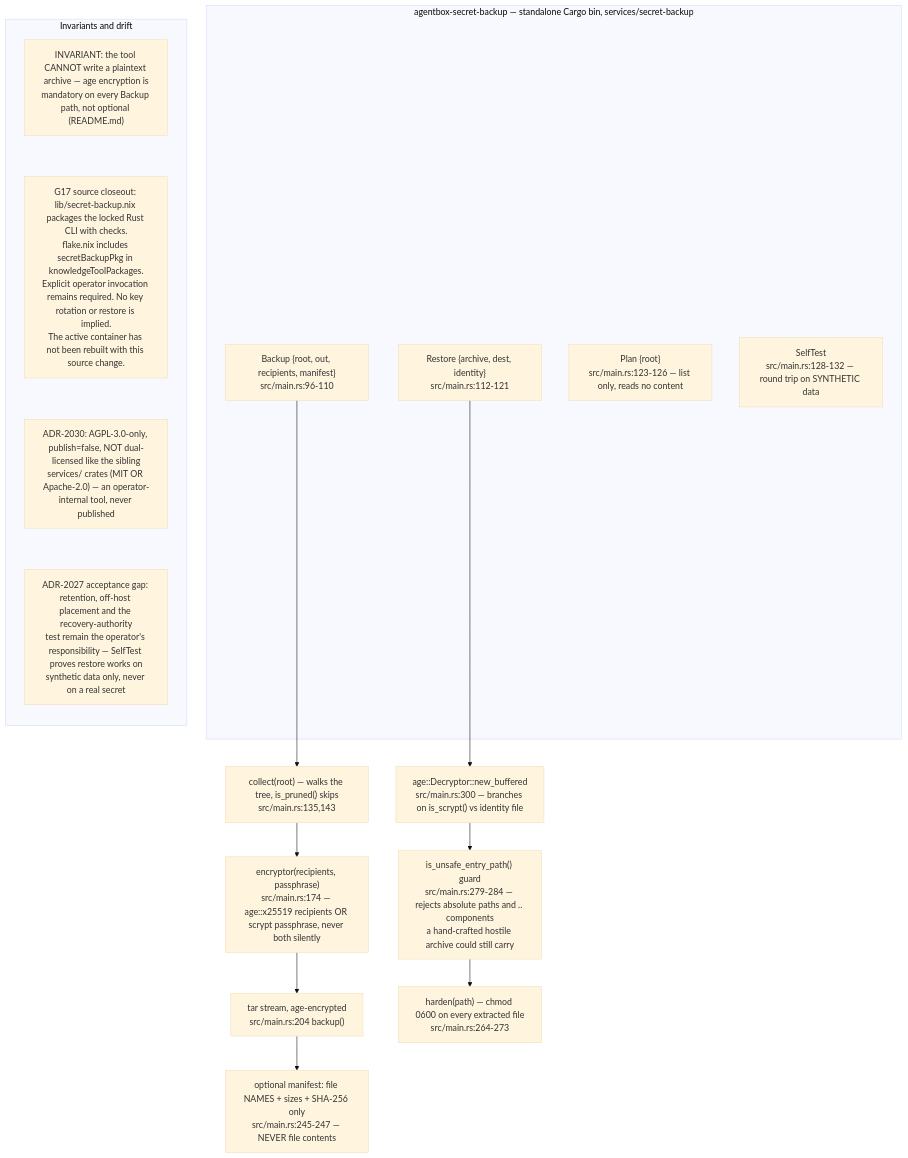
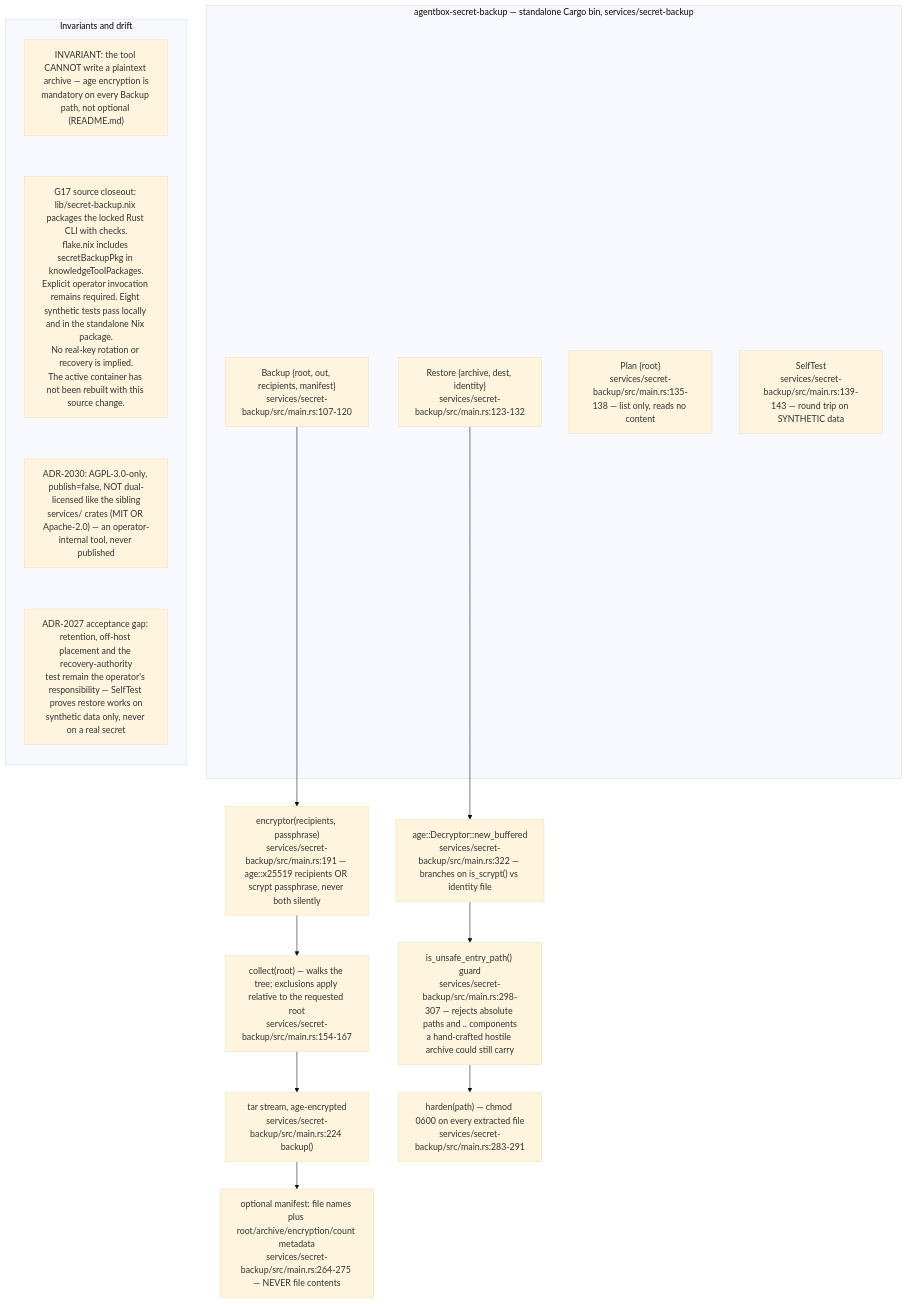
Diagram 12 of 12 in docs/diagrams/agentbox/16-secrets-custody-seccomp-profiles.md (DreamLab-AI/VisionFlow), drawn with Mermaid (base theme) before and after one commit. The commit also changed other lines of this file and 292 other files, not shown here.

````diff
--- a/docs/diagrams/agentbox/16-secrets-custody-seccomp-profiles.md
+++ b/docs/diagrams/agentbox/16-secrets-custody-seccomp-profiles.md
@@ -411,24 +411,24 @@
 ```mermaid
 flowchart TB
     subgraph cli["agentbox-secret-backup — standalone Cargo bin, services/secret-backup"]
-        BACKUP["Backup #123;root, out, recipients, manifest#125;<br/>src/main.rs:96-110"]
-        RESTORE["Restore #123;archive, dest, identity#125;<br/>src/main.rs:112-121"]
-        PLAN["Plan #123;root#125;<br/>src/main.rs:123-126 — list only, reads no content"]
-        SELFTEST["SelfTest<br/>src/main.rs:128-132 — round trip on SYNTHETIC data"]
+        BACKUP["Backup #123;root, out, recipients, manifest#125;<br/>services/secret-backup/src/main.rs:107-120"]
+        RESTORE["Restore #123;archive, dest, identity#125;<br/>services/secret-backup/src/main.rs:123-132"]
+        PLAN["Plan #123;root#125;<br/>services/secret-backup/src/main.rs:135-138 — list only, reads no content"]
+        SELFTEST["SelfTest<br/>services/secret-backup/src/main.rs:139-143 — round trip on SYNTHETIC data"]
     end
-    BACKUP --> COLLECT["collect#40;root#41; — walks the tree, is_pruned#40;#41; skips<br/>src/main.rs:135,143"]
-    COLLECT --> ENCRYPTOR["encryptor#40;recipients, passphrase#41;<br/>src/main.rs:174 — age::x25519 recipients OR scrypt passphrase, never both silently"]
-    ENCRYPTOR --> ARCHIVE["tar stream, age-encrypted<br/>src/main.rs:204 backup#40;#41;"]
-    ARCHIVE --> MANIFEST["optional manifest: file NAMES + sizes + SHA-256 only<br/>src/main.rs:245-247 — NEVER file contents"]
-    RESTORE --> DECRYPT["age::Decryptor::new_buffered<br/>src/main.rs:300 — branches on is_scrypt#40;#41; vs identity file"]
-    DECRYPT --> UNSAFE["is_unsafe_entry_path#40;#41; guard<br/>src/main.rs:279-284 — rejects absolute paths and .. components<br/>a hand-crafted hostile archive could still carry"]
-    UNSAFE --> HARDEN["harden#40;path#41; — chmod 0600 on every extracted file<br/>src/main.rs:264-273"]
+    ENCRYPTOR --> COLLECT["collect#40;root#41; — walks the tree; exclusions apply relative to the requested root<br/>services/secret-backup/src/main.rs:154-167"]
+    BACKUP --> ENCRYPTOR["encryptor#40;recipients, passphrase#41;<br/>services/secret-backup/src/main.rs:191 — age::x25519 recipients OR scrypt passphrase, never both silently"]
+    COLLECT --> ARCHIVE["tar stream, age-encrypted<br/>services/secret-backup/src/main.rs:224 backup#40;#41;"]
+    ARCHIVE --> MANIFEST["optional manifest: file names plus root/archive/encryption/count metadata<br/>services/secret-backup/src/main.rs:264-275 — NEVER file contents"]
+    RESTORE --> DECRYPT["age::Decryptor::new_buffered<br/>services/secret-backup/src/main.rs:322 — branches on is_scrypt#40;#41; vs identity file"]
+    DECRYPT --> UNSAFE["is_unsafe_entry_path#40;#41; guard<br/>services/secret-backup/src/main.rs:298-307 — rejects absolute paths and .. components<br/>a hand-crafted hostile archive could still carry"]
+    UNSAFE --> HARDEN["harden#40;path#41; — chmod 0600 on every extracted file<br/>services/secret-backup/src/main.rs:283-291"]
     subgraph notes["Invariants and drift"]
         direction TB
         N1["INVARIANT: the tool CANNOT write a plaintext archive — age encryption is<br/>mandatory on every Backup path, not optional (README.md)"]
-        N2["G17 source closeout: lib/secret-backup.nix packages the locked Rust CLI with checks.<br/>flake.nix includes secretBackupPkg in knowledgeToolPackages.<br/>Explicit operator invocation remains required. No key rotation or restore is implied.<br/>The active container has not been rebuilt with this source change."]
+        N2["G17 source closeout: lib/secret-backup.nix packages the locked Rust CLI with checks.<br/>flake.nix includes secretBackupPkg in knowledgeToolPackages.<br/>Explicit operator invocation remains required. Eight synthetic tests pass locally and in the standalone Nix package.<br/>No real-key rotation or recovery is implied.<br/>The active container has not been rebuilt with this source change."]
         N3["ADR-2030: AGPL-3.0-only, publish#61;false, NOT dual-licensed like the sibling<br/>services/ crates #40;MIT OR Apache-2.0#41; — an operator-internal tool, never published"]
         N4["ADR-2027 acceptance gap: retention, off-host placement and the recovery-authority<br/>test remain the operator's responsibility — SelfTest proves restore works on<br/>synthetic data only, never on a real secret"]
         N1 ~~~ N2 ~~~ N3 ~~~ N4
     end
 ```
````
